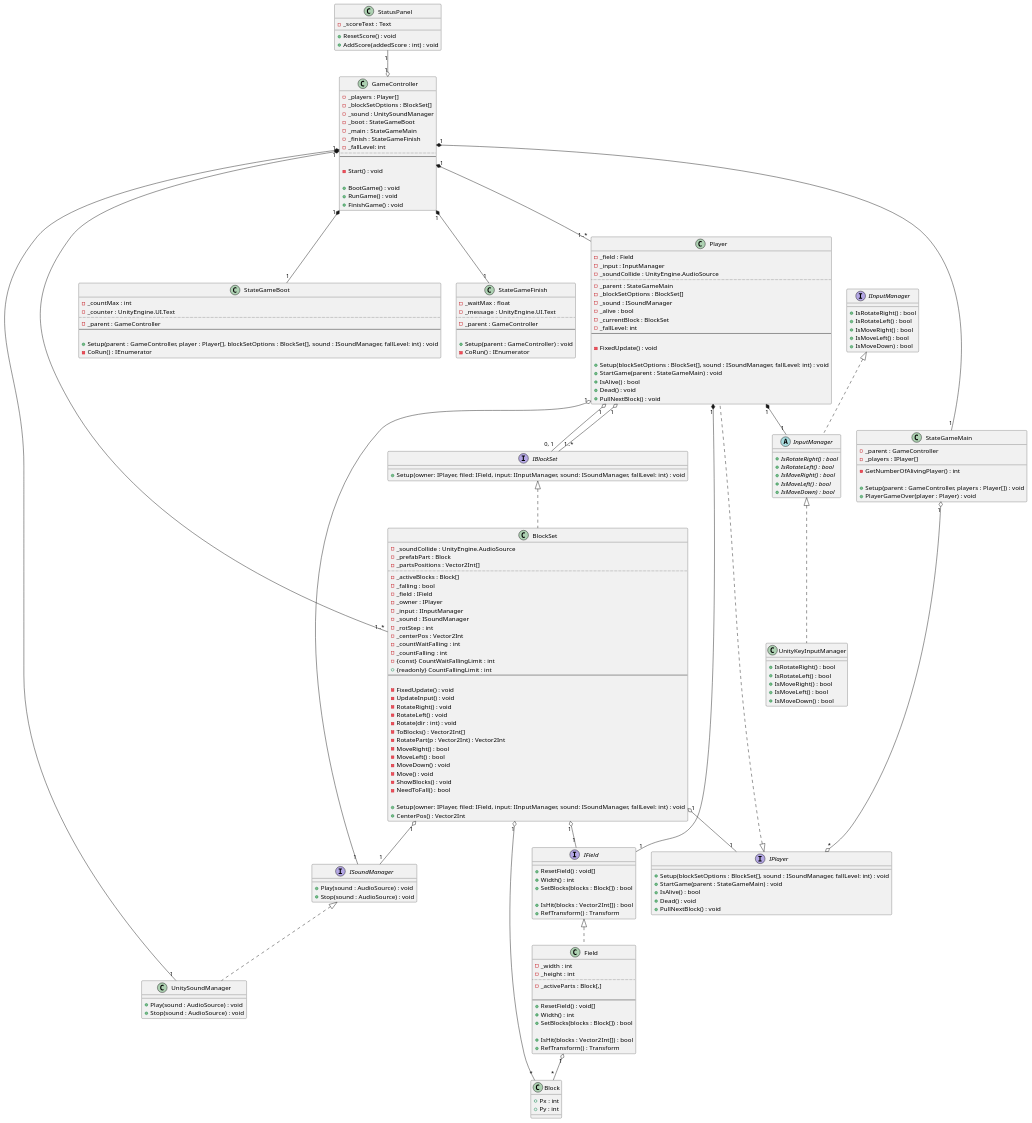
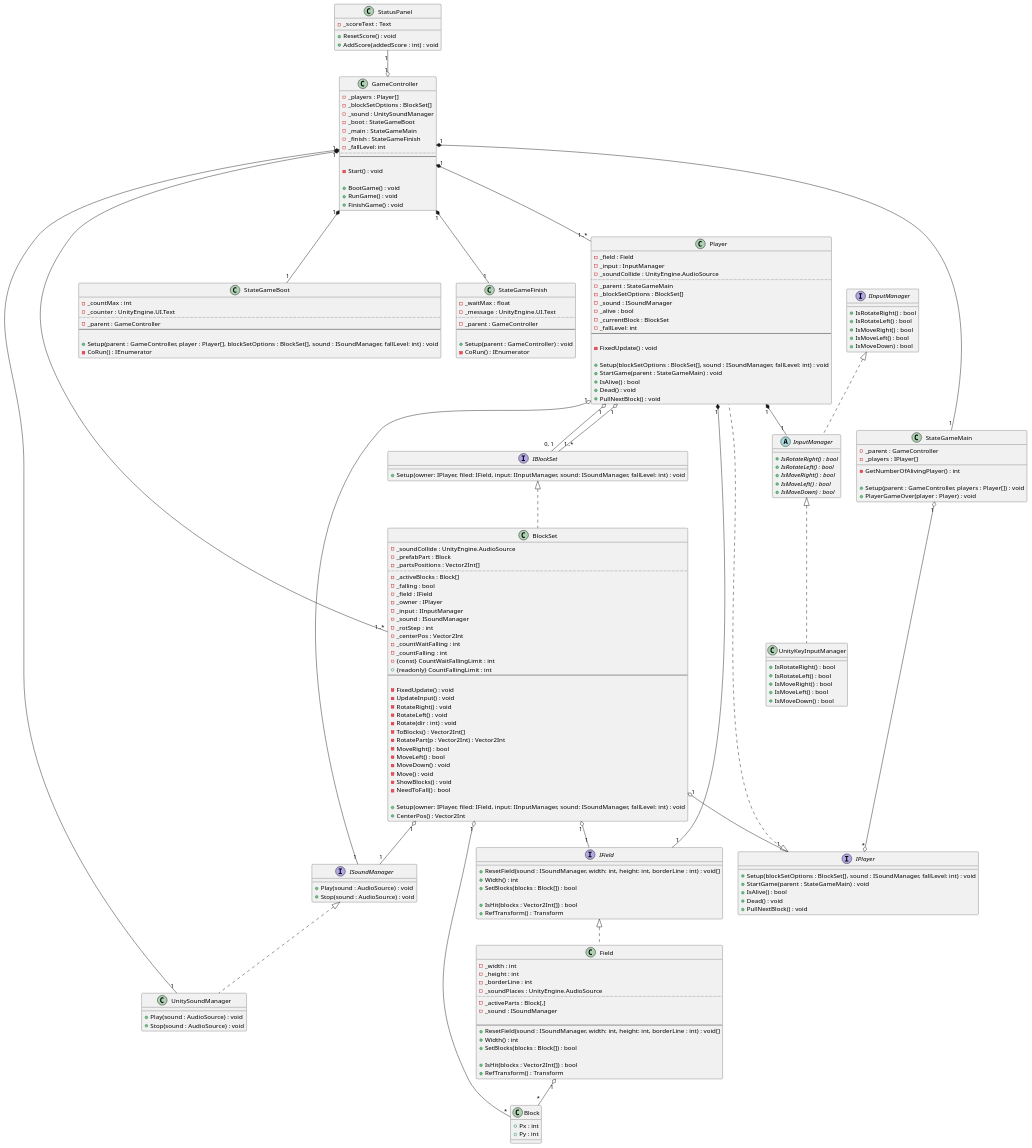
Before and after one commit to azarashin/UnityTetris: the diagram in Documents/PlantUML/CD_Main.pu, drawn with PlantUML. The commit also changed 9 other files, not shown here.

```diff
--- a/Documents/PlantUML/CD_Main.pu
+++ b/Documents/PlantUML/CD_Main.pu
@@ -9,7 +9,7 @@
 ' フィールドの状態を管理する
 interface IField
 {
-    + ResetField() : void[]
+    + ResetField(sound : ISoundManager, width: int, height: int, borderLine : int) : void[]
     + Width() : int
     ' @return ブロックが積みあがってしまったらtrue, そうでなければfalse を返す
     + SetBlocks(blocks : Block[]) : bool
@@ -22,11 +22,14 @@
 {
     - _width : int
     - _height : int
+    - _borderLine : int
+    - _soundPlaces : UnityEngine.AudioSource
     ..
     - _activeParts : Block[,]
+    - _sound : ISoundManager
 
     --
-    + ResetField() : void[]
+    + ResetField(sound : ISoundManager, width: int, height: int, borderLine : int) : void[]
     + Width() : int
     ' @return ブロックが積みあがってしまったらtrue, そうでなければfalse を返す
     + SetBlocks(blocks : Block[]) : bool
```
